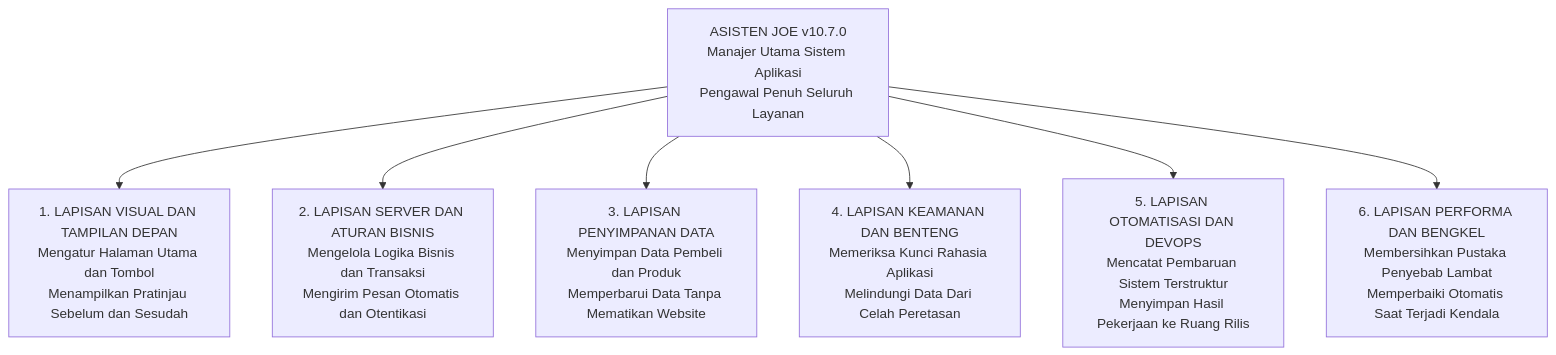
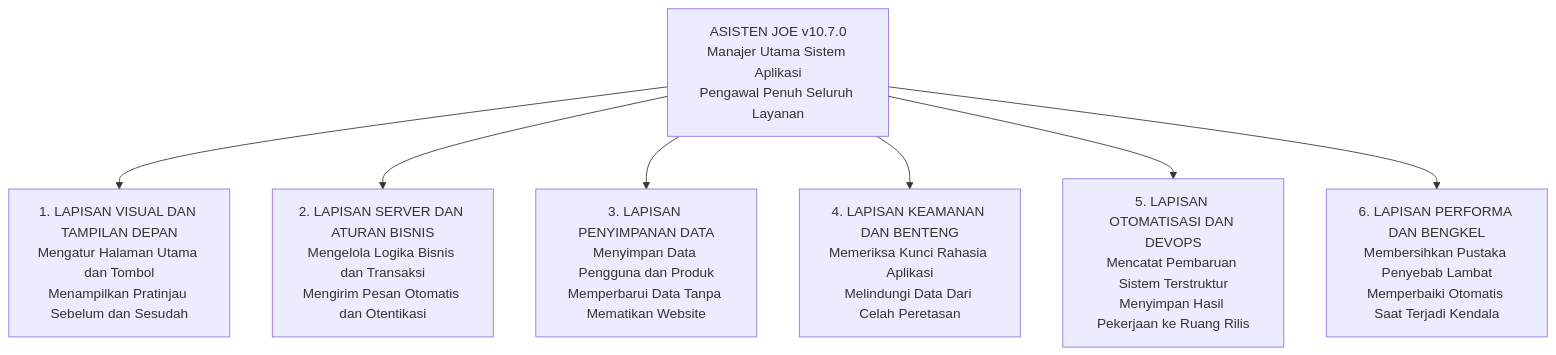
The first of 7 diagrams in README.md (JoeAryadharma/saas-branching-blueprint), drawn with Mermaid before and after one commit. The commit also changed other lines of this file, not shown here.

Commit message:
[STILISTIK] Menyempurnakan diksi 'Usaha' menjadi 'Akun Pengguna' [v10.7.0]

````diff
--- a/README.md
+++ b/README.md
@@ -40,12 +40,12 @@
 ```mermaid
 flowchart TD
     classDef default text-align:center;
     SYSTEM["ASISTEN JOE v10.7.0\nManajer Utama Sistem Aplikasi\nPengawal Penuh Seluruh Layanan"]
 
     SYSTEM --> L1["1. LAPISAN VISUAL DAN TAMPILAN DEPAN\nMengatur Halaman Utama dan Tombol\nMenampilkan Pratinjau Sebelum dan Sesudah"]
     SYSTEM --> L2["2. LAPISAN SERVER DAN ATURAN BISNIS\nMengelola Logika Bisnis dan Transaksi\nMengirim Pesan Otomatis dan Otentikasi"]
-    SYSTEM --> L3["3. LAPISAN PENYIMPANAN DATA\nMenyimpan Data Pembeli dan Produk\nMemperbarui Data Tanpa Mematikan Website"]
+    SYSTEM --> L3["3. LAPISAN PENYIMPANAN DATA\nMenyimpan Data Pengguna dan Produk\nMemperbarui Data Tanpa Mematikan Website"]
     SYSTEM --> L4["4. LAPISAN KEAMANAN DAN BENTENG\nMemeriksa Kunci Rahasia Aplikasi\nMelindungi Data Dari Celah Peretasan"]
     SYSTEM --> L5["5. LAPISAN OTOMATISASI DAN DEVOPS\nMencatat Pembaruan Sistem Terstruktur\nMenyimpan Hasil Pekerjaan ke Ruang Rilis"]
     SYSTEM --> L6["6. LAPISAN PERFORMA DAN BENGKEL\nMembersihkan Pustaka Penyebab Lambat\nMemperbaiki Otomatis Saat Terjadi Kendala"]
 ```
````
